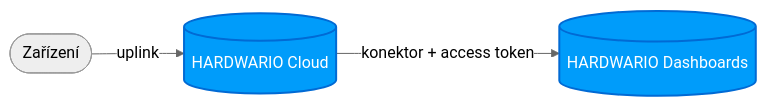
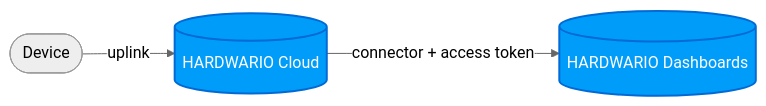
Before and after one commit to hardwario/website-hardwario-docs: the diagram in i18n/cs/docusaurus-plugin-content-docs-apps/current/thingsboard/manual-connection.md, drawn with Mermaid (neutral theme). The commit also changed other lines of this file and 7 other files, not shown here.

Commit message:
HARDWARIO Dashboards: Fix the Czech translation check (descriptions, diagrams, link)

````diff
--- a/i18n/cs/docusaurus-plugin-content-docs-apps/current/thingsboard/manual-connection.md
+++ b/i18n/cs/docusaurus-plugin-content-docs-apps/current/thingsboard/manual-connection.md
@@ -18,8 +18,8 @@
 ```mermaid
 flowchart LR
-  Device([Zařízení]) -->|uplink| Cloud[(HARDWARIO Cloud)]
-  Cloud -->|konektor + access token| HD[(HARDWARIO Dashboards)]
+  Device([Device]) -->|uplink| Cloud[(HARDWARIO Cloud)]
+  Cloud -->|connector + access token| HD[(HARDWARIO Dashboards)]
   classDef hero fill:#009cfa,stroke:#016ad4,stroke-width:2px,color:#ffffff;
   class Cloud hero;
   class HD hero;
 ```
````
